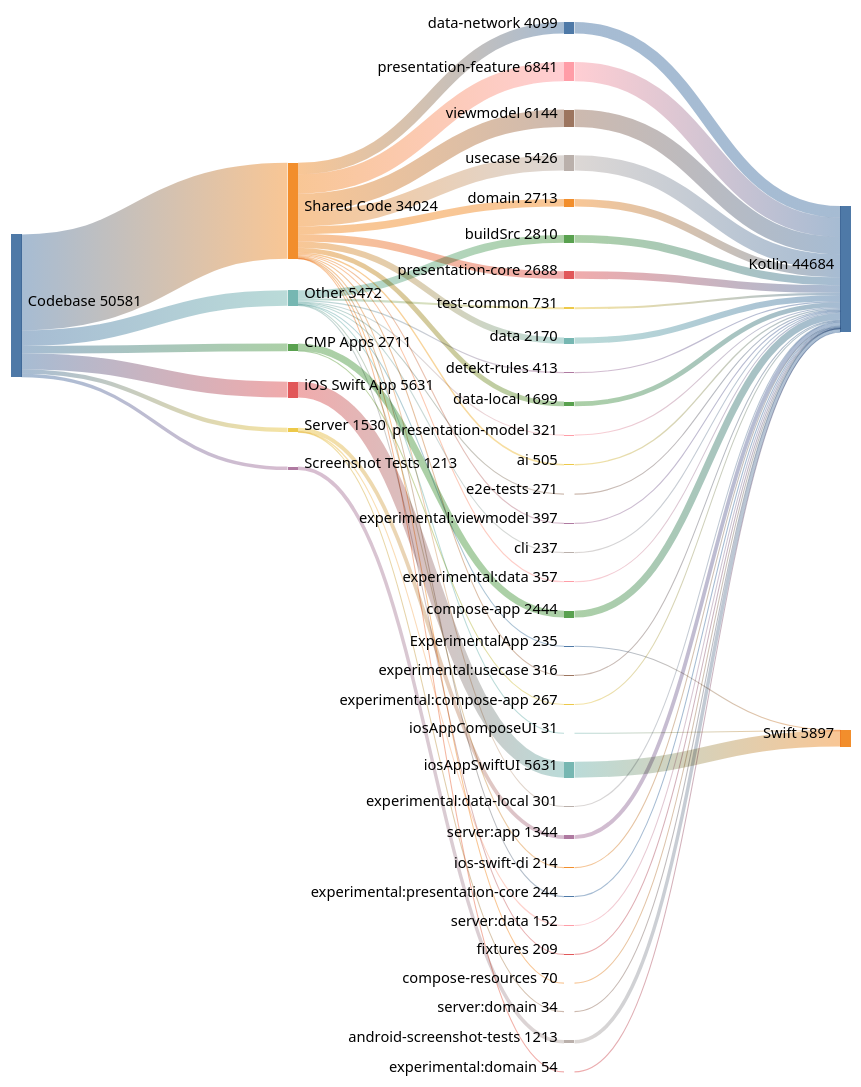
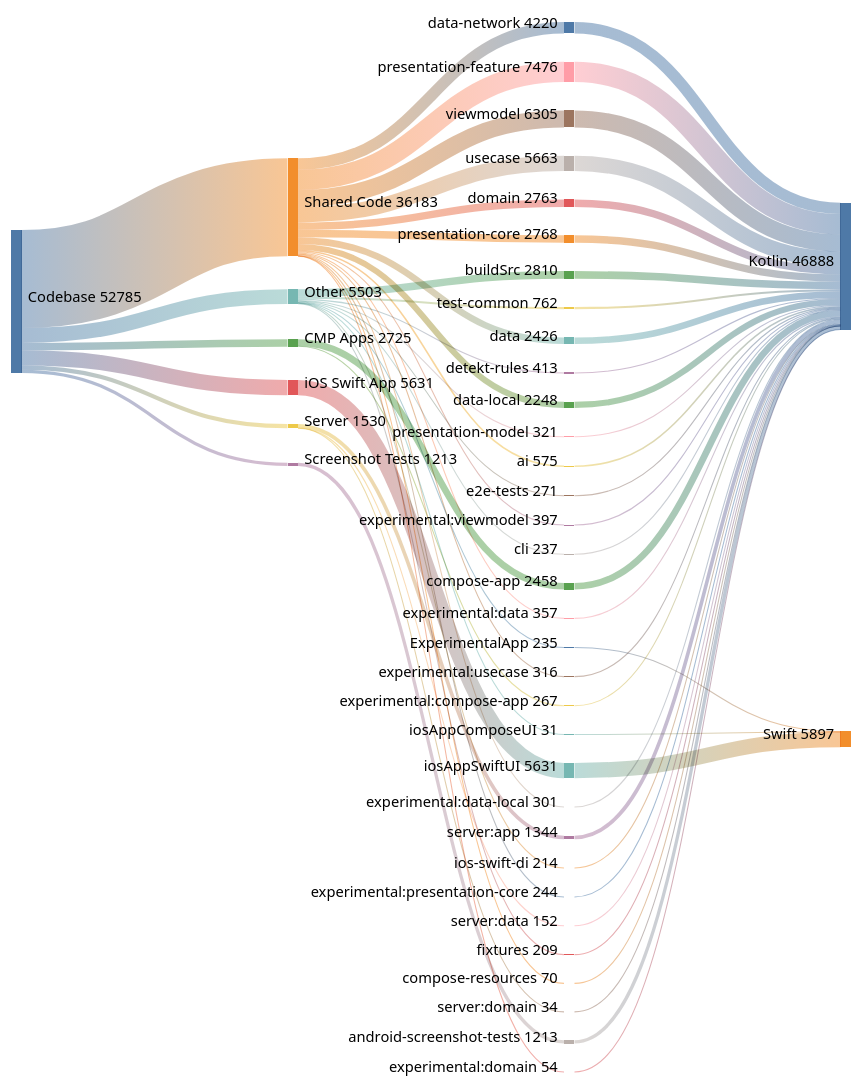
The diagram in docs/diagrams/code_distribution.mmd (cartland/battery-butler), drawn with Mermaid (neutral theme) before and after one commit. The commit also changed 2 other files, not shown here.

Commit message:
docs(generated): Regenerate architecture diagrams and analysis

```diff
--- a/docs/diagrams/code_distribution.mmd
+++ b/docs/diagrams/code_distribution.mmd
@@ -1,91 +1,91 @@
 ---
 config:
   sankey:
     showValues: true
     width: 800
     height: 1000
     nodeAlignment: justify
     linkColor: gradient
 ---
 %% GENERATED FILE - DO NOT EDIT
 sankey-beta
 
-Codebase,Shared Code,34024
+Codebase,Shared Code,36183
 Codebase,iOS Swift App,5631
-Codebase,Other,5472
-Codebase,CMP Apps,2711
+Codebase,Other,5503
+Codebase,CMP Apps,2725
 Codebase,Server,1530
 Codebase,Screenshot Tests,1213
 
-Shared Code,presentation-feature,6841
-Shared Code,viewmodel,6144
-Shared Code,usecase,5426
-Shared Code,data-network,4099
-Shared Code,domain,2713
-Shared Code,presentation-core,2688
-Shared Code,data,2170
-Shared Code,data-local,1699
-Shared Code,ai,505
+Shared Code,presentation-feature,7476
+Shared Code,viewmodel,6305
+Shared Code,usecase,5663
+Shared Code,data-network,4220
+Shared Code,presentation-core,2768
+Shared Code,domain,2763
+Shared Code,data,2426
+Shared Code,data-local,2248
+Shared Code,ai,575
 Shared Code,experimental:viewmodel,397
 Shared Code,experimental:data,357
 Shared Code,experimental:usecase,316
 Shared Code,experimental:data-local,301
 Shared Code,experimental:presentation-core,244
 Shared Code,compose-resources,70
 Shared Code,experimental:domain,54
 
 iOS Swift App,iosAppSwiftUI,5631
 
 Other,buildSrc,2810
-Other,test-common,731
+Other,test-common,762
 Other,detekt-rules,413
 Other,presentation-model,321
 Other,e2e-tests,271
 Other,cli,237
 Other,ExperimentalApp,235
 Other,ios-swift-di,214
 Other,fixtures,209
 Other,iosAppComposeUI,31
 
-CMP Apps,compose-app,2444
+CMP Apps,compose-app,2458
 CMP Apps,experimental:compose-app,267
 
 Server,server:app,1344
 Server,server:data,152
 Server,server:domain,34
 
 Screenshot Tests,android-screenshot-tests,1213
 
-presentation-feature,Kotlin,6841
-viewmodel,Kotlin,6144
+presentation-feature,Kotlin,7476
+viewmodel,Kotlin,6305
+usecase,Kotlin,5663
 iosAppSwiftUI,Swift,5631
-usecase,Kotlin,5426
-data-network,Kotlin,4099
+data-network,Kotlin,4220
 buildSrc,Kotlin,2810
-domain,Kotlin,2713
-presentation-core,Kotlin,2688
-compose-app,Kotlin,2444
-data,Kotlin,2170
-data-local,Kotlin,1699
+presentation-core,Kotlin,2768
+domain,Kotlin,2763
+compose-app,Kotlin,2458
+data,Kotlin,2426
+data-local,Kotlin,2248
 server:app,Kotlin,1344
 android-screenshot-tests,Kotlin,1213
-test-common,Kotlin,731
-ai,Kotlin,505
+test-common,Kotlin,762
+ai,Kotlin,575
 detekt-rules,Kotlin,413
 experimental:viewmodel,Kotlin,397
 experimental:data,Kotlin,357
 presentation-model,Kotlin,321
 experimental:usecase,Kotlin,316
 experimental:data-local,Kotlin,301
 e2e-tests,Kotlin,271
 experimental:compose-app,Kotlin,267
 experimental:presentation-core,Kotlin,244
 cli,Kotlin,237
 ExperimentalApp,Swift,235
 ios-swift-di,Kotlin,214
 fixtures,Kotlin,209
 server:data,Kotlin,152
 compose-resources,Kotlin,70
 experimental:domain,Kotlin,54
 server:domain,Kotlin,34
 iosAppComposeUI,Swift,31
```
